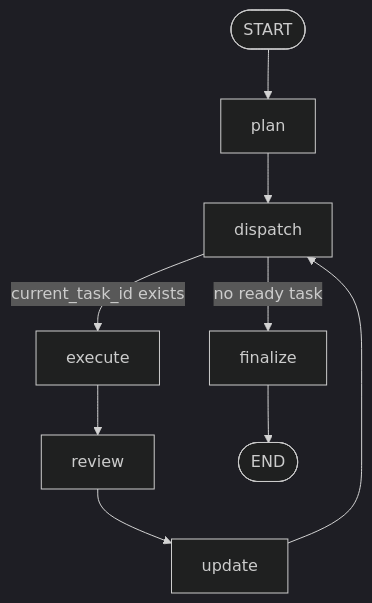
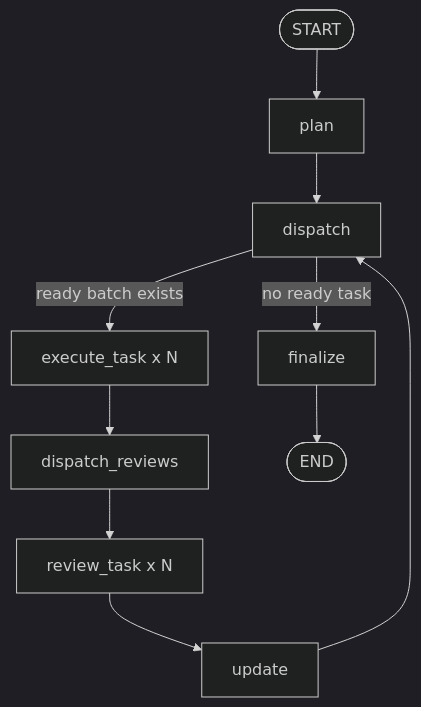
The diagram in docs/plan/demo.md (ShouxinZhang/agent-system-coding), drawn with Mermaid (dark theme) before and after one commit. The commit also changed other lines of this file and 10 other files, not shown here.

````diff
--- a/docs/plan/demo.md
+++ b/docs/plan/demo.md
@@ -12,14 +12,15 @@
 ```mermaid
 flowchart TD
     A([START]) --> B[plan]
     B --> C[dispatch]
 
-    C -->|current_task_id exists| D[execute]
-    C -->|no ready task| H[finalize]
+    C -->|ready batch exists| D[execute_task x N]
+    C -->|no ready task| I[finalize]
 
-    D --> E[review]
-    E --> F[update]
-    F --> C
+    D --> E[dispatch_reviews]
+    E --> F[review_task x N]
+    F --> G[update]
+    G --> C
 
-    H --> I([END])
+    I --> J([END])
 ```
````
